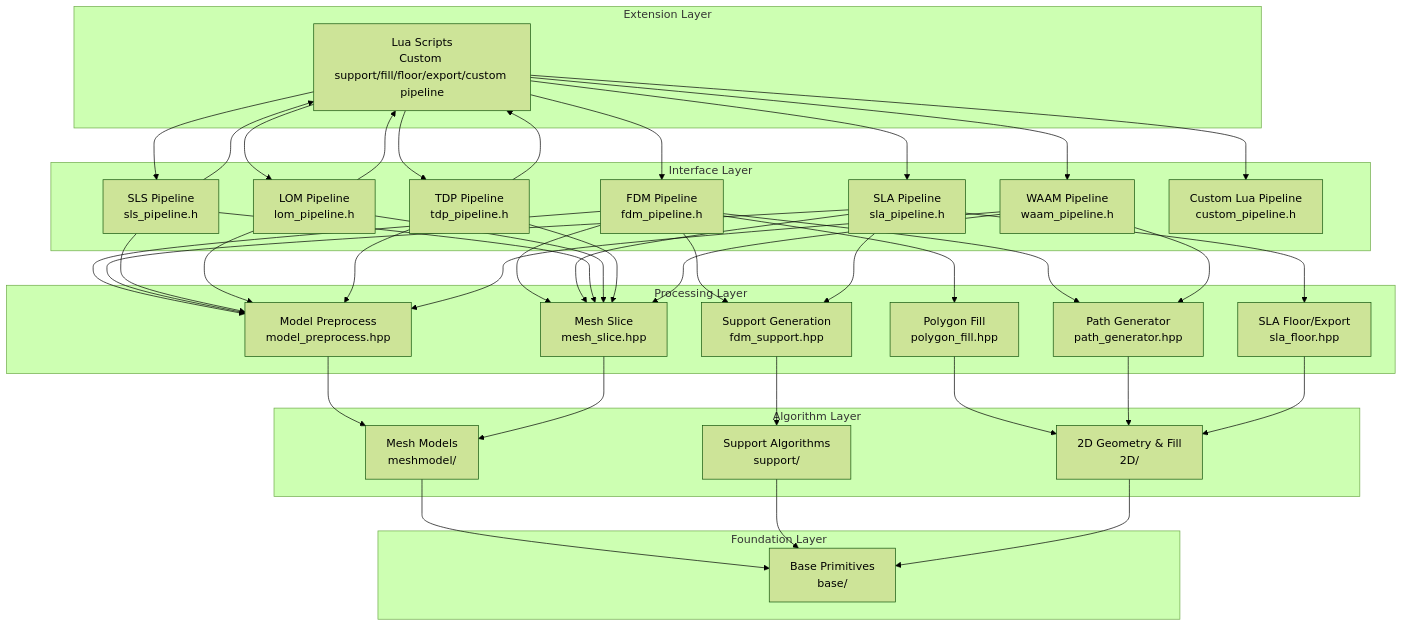
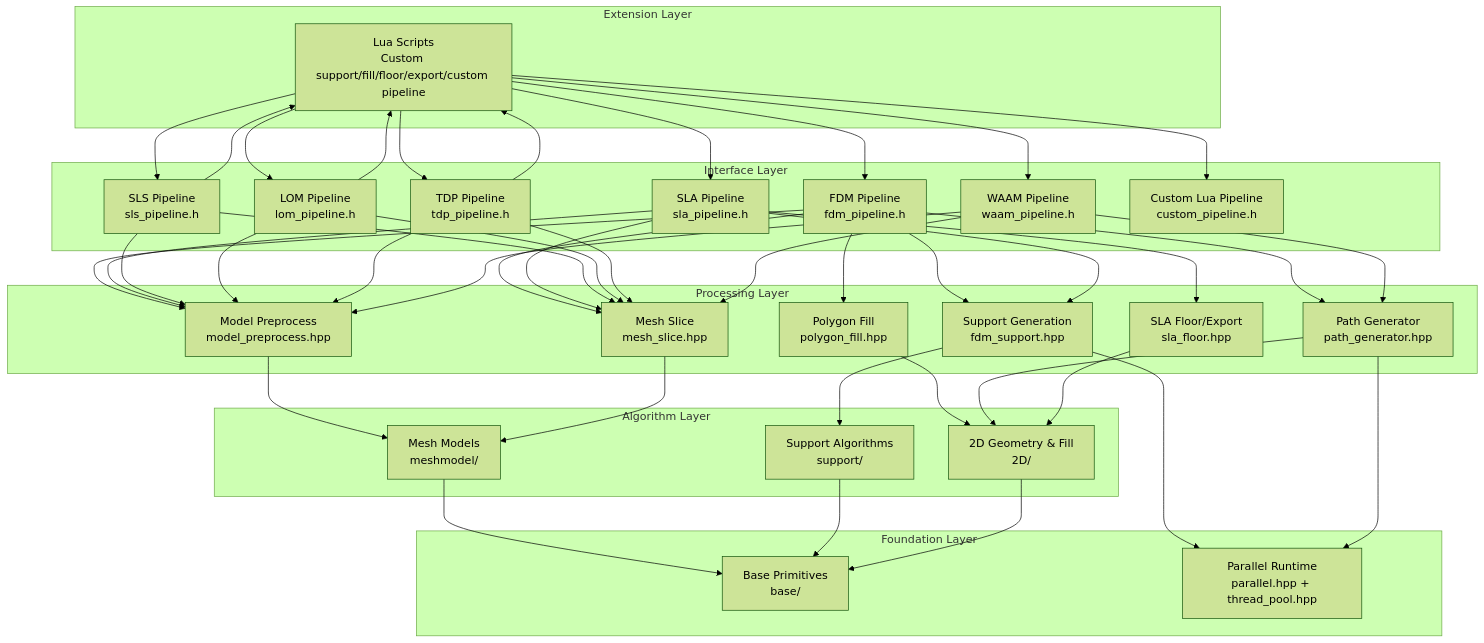
Before and after one commit to hsmbanlance/HsBaSlicer: the second of 14 diagrams in .qoder/repowiki/en/content/Architecture Overview.md, drawn with Mermaid (forest theme). The commit also changed other lines of this file and 365 other files, not shown here.

````diff
--- a/.qoder/repowiki/en/content/Architecture Overview.md
+++ b/.qoder/repowiki/en/content/Architecture Overview.md
@@ -100,68 +110,71 @@
 ```mermaid
 graph TB
 subgraph "Extension Layer"
 LuaScripts["Lua Scripts<br/>Custom support/fill/floor/export/custom pipeline"]
 end
 subgraph "Interface Layer"
 FDM["FDM Pipeline<br/>fdm_pipeline.h"]
 SLA["SLA Pipeline<br/>sla_pipeline.h"]
 SLS["SLS Pipeline<br/>sls_pipeline.h"]
 LOM["LOM Pipeline<br/>lom_pipeline.h"]
 TDP["TDP Pipeline<br/>tdp_pipeline.h"]
 WAAM["WAAM Pipeline<br/>waam_pipeline.h"]
 Custom["Custom Lua Pipeline<br/>custom_pipeline.h"]
 end
 subgraph "Processing Layer"
 Preprocess["Model Preprocess<br/>model_preprocess.hpp"]
 Slice["Mesh Slice<br/>mesh_slice.hpp"]
 Support["Support Generation<br/>fdm_support.hpp"]
 Fill["Polygon Fill<br/>polygon_fill.hpp"]
 PathGen["Path Generator<br/>path_generator.hpp"]
 Floor["SLA Floor/Export<br/>sla_floor.hpp"]
 end
 subgraph "Algorithm Layer"
 TwoD["2D Geometry & Fill<br/>2D/"]
 MeshModel["Mesh Models<br/>meshmodel/"]
 SupportAlgo["Support Algorithms<br/>support/"]
 end
 subgraph "Foundation Layer"
 Base["Base Primitives<br/>base/"]
+ParallelRuntime["Parallel Runtime<br/>parallel.hpp + thread_pool.hpp"]
 end
 LuaScripts --> FDM
 LuaScripts --> SLA
 LuaScripts --> SLS
 LuaScripts --> LOM
 LuaScripts --> TDP
 LuaScripts --> WAAM
 LuaScripts --> Custom
 FDM --> Preprocess
 FDM --> Slice
 FDM --> Support
 FDM --> Fill
 FDM --> PathGen
 SLA --> Preprocess
 SLA --> Slice
 SLA --> Floor
 SLA --> Support
 SLS --> Preprocess
 SLS --> Slice
 SLS --> LuaScripts
 LOM --> Preprocess
 LOM --> Slice
 LOM --> LuaScripts
 TDP --> Preprocess
 TDP --> Slice
 TDP --> LuaScripts
 WAAM --> Preprocess
 WAAM --> Slice
 WAAM --> PathGen
 Preprocess --> MeshModel
 Slice --> MeshModel
 Support --> SupportAlgo
 Fill --> TwoD
 PathGen --> TwoD
 Floor --> TwoD
 MeshModel --> Base
 SupportAlgo --> Base
 TwoD --> Base
+Support --> ParallelRuntime
+PathGen --> ParallelRuntime
 ```
````
